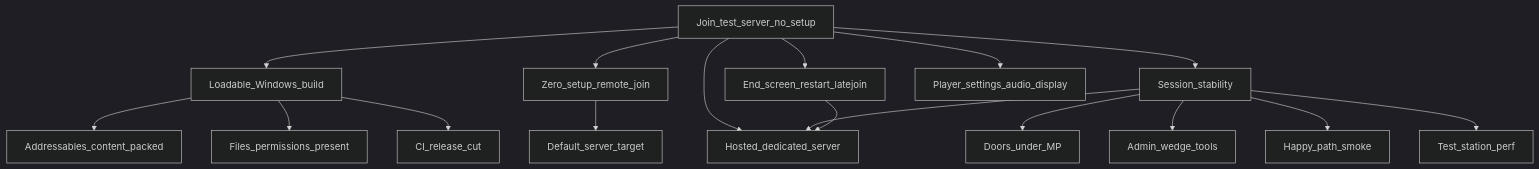
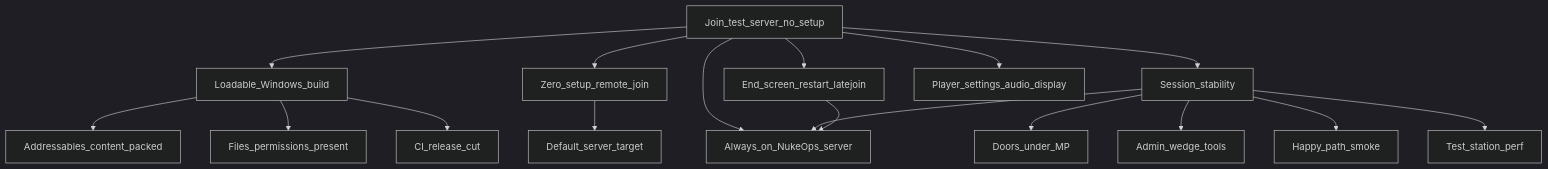
The diagram in Documents/milestones/test-server.md (RE-SS3D/SS3D), drawn with Mermaid (dark theme) before and after one commit. The commit also changed other lines of this file and 11 other files, not shown here.

````diff
--- a/Documents/milestones/test-server.md
+++ b/Documents/milestones/test-server.md
@@ -29,35 +34,35 @@
 ```mermaid
 flowchart TB
   ts[Join_test_server_no_setup]
   build[Loadable_Windows_build]
   content[Addressables_content_packed]
   perms[Files_permissions_present]
   join[Zero_setup_remote_join]
   target[Default_server_target]
-  server[Hosted_dedicated_server]
+  server[Always_on_NukeOps_server]
   stable[Session_stability]
   doors[Doors_under_MP]
   admin[Admin_wedge_tools]
   smoke[Happy_path_smoke]
   perf[Test_station_perf]
   loop[End_screen_restart_latejoin]
   cut[CI_release_cut]
   settings[Player_settings_audio_display]
 
   ts --> build
   ts --> join
   ts --> server
   ts --> stable
   ts --> loop
   ts --> settings
   build --> content
   build --> perms
   build --> cut
   join --> target
   stable --> server
   stable --> doors
   stable --> admin
   stable --> smoke
   stable --> perf
   loop --> server
 ```
````
